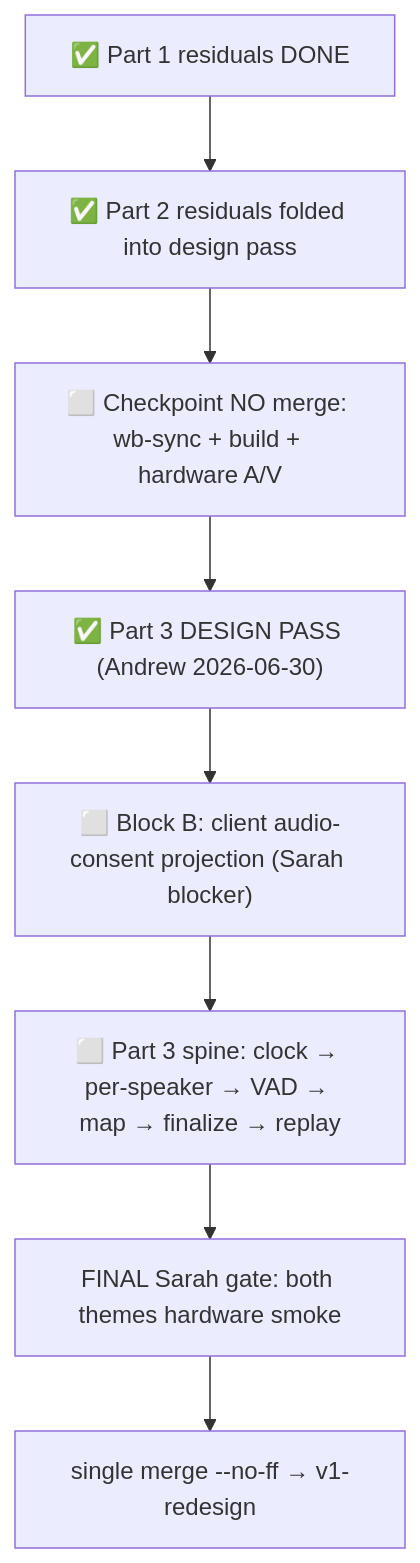
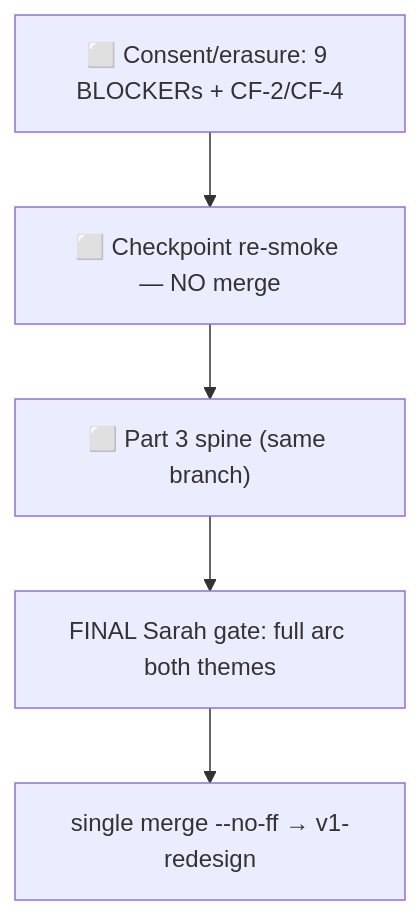
The diagram in docs/handoff/ORCHESTRATOR-STATE.md (Arangarx/tutoring-notes), drawn with Mermaid before and after one commit. The commit also changed other lines of this file and 3 other files, not shown here.

First line of the commit message:
docs: re-anchor tracking to Sarah merge gate (no interim merge)

````diff
--- a/docs/handoff/ORCHESTRATOR-STATE.md
+++ b/docs/handoff/ORCHESTRATOR-STATE.md
@@ -66,10 +66,9 @@
 ```mermaid
 flowchart TD
-  P1R["✅ Part 1 residuals DONE"] --> P2R["✅ Part 2 residuals folded into design pass"]
-  P2R --> CP["⬜ Checkpoint NO merge: wb-sync + build + hardware A/V"]
-  CP --> P3D["✅ Part 3 DESIGN PASS (Andrew 2026-06-30)"]
-  P3D --> P3B["⬜ Block B: client audio-consent projection (Sarah blocker)"]
-  P3B --> P3["⬜ Part 3 spine: clock → per-speaker → VAD → map → finalize → replay"]
-  P3 --> GATE["FINAL Sarah gate: both themes hardware smoke"]
-  GATE --> MERGE["single merge --no-ff → v1-redesign"]
+  CE["⬜ Consent/erasure: 9 BLOCKERs + CF-2/CF-4"]
+  CP["⬜ Checkpoint re-smoke — NO merge"]
+  P3["⬜ Part 3 spine (same branch)"]
+  GATE["FINAL Sarah gate: full arc both themes"]
+  MERGE["single merge --no-ff → v1-redesign"]
+  CE --> CP --> P3 --> GATE --> MERGE
 ```
````
